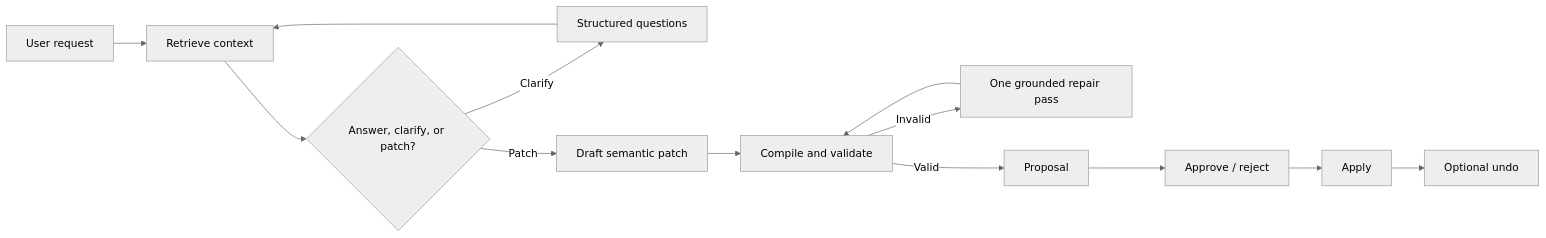
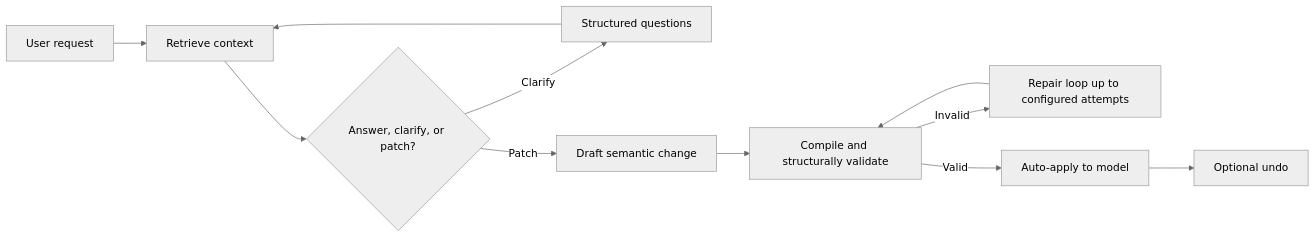
One commit to mehdieidi/modriss changed the diagram in docs/public-docs/docs/guides/ai-assistant.md. Above: the diagram before and after it, drawn with Mermaid (neutral theme). The commit also changed other lines of this file and 50 other files, not shown here.

````diff
--- a/docs/public-docs/docs/guides/ai-assistant.md
+++ b/docs/public-docs/docs/guides/ai-assistant.md
@@ -30,15 +54,13 @@
 ```mermaid
 flowchart LR
     U["User request"] --> R["Retrieve context"]
     R --> I{"Answer, clarify, or patch?"}
     I -->|Clarify| Q["Structured questions"]
     Q --> R
-    I -->|Patch| D["Draft semantic patch"]
-    D --> V["Compile and validate"]
-    V -->|Invalid| X["One grounded repair pass"]
+    I -->|Patch| D["Draft semantic change"]
+    D --> V["Compile and structurally validate"]
+    V -->|Invalid| X["Repair loop up to configured attempts"]
     X --> V
-    V -->|Valid| P["Proposal"]
-    P --> A["Approve / reject"]
-    A --> AP["Apply"]
+    V -->|Valid| AP["Auto-apply to model"]
     AP --> UN["Optional undo"]
 ```
````
